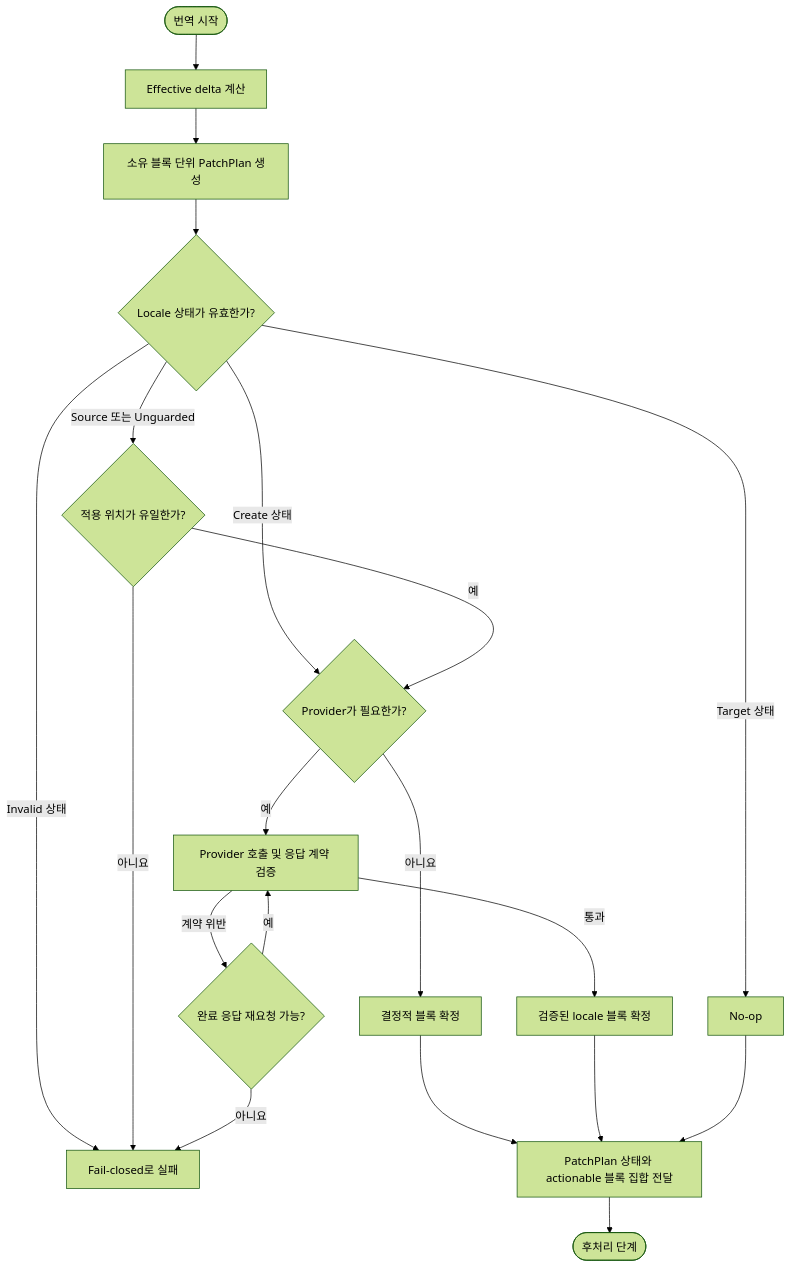
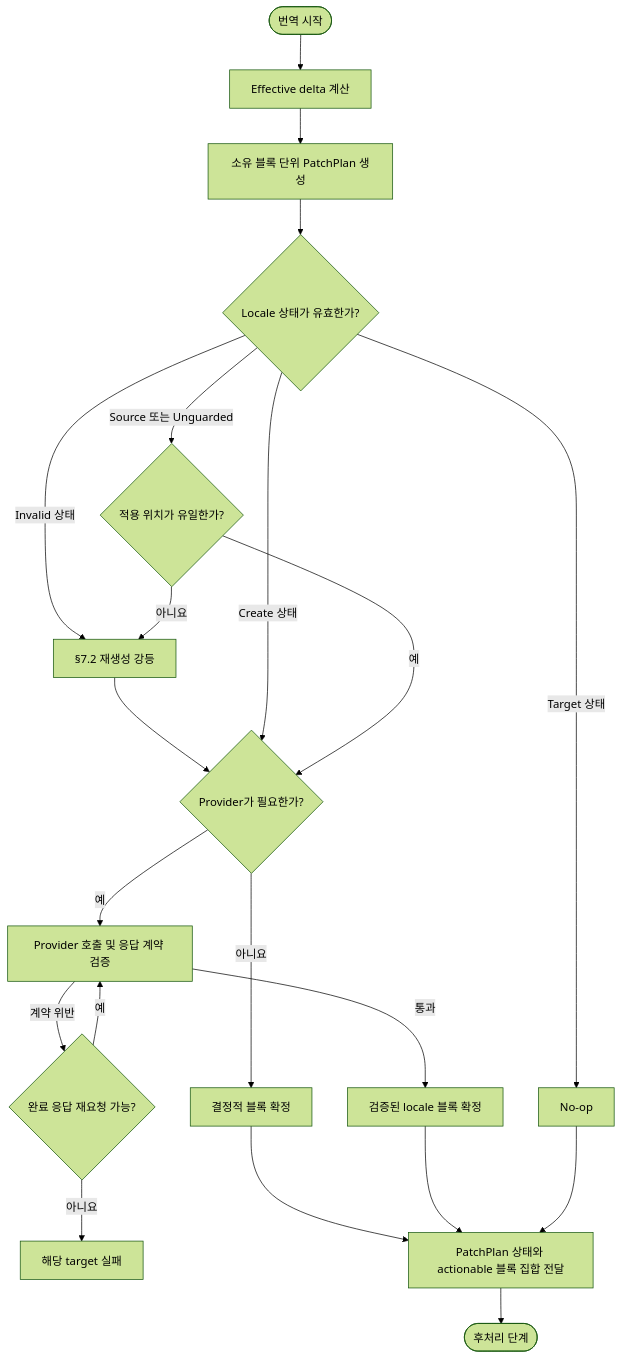
Before and after one commit to letsescape/laravel-docs: the diagram in translation-sync/docs/02-translation.md, drawn with Mermaid (forest theme). The commit also changed other lines of this file and 2 other files, not shown here.

Commit message:
docs(translation): match the recorded contract to the implemented one
The translation flowchart and failure policy still failed a document outright
where the code degrades it to a full regeneration, the replay success row
omitted the state export the runner performs, and the manual recovery section
routed operators to a code no path emits.

````diff
--- a/translation-sync/docs/02-translation.md
+++ b/translation-sync/docs/02-translation.md
@@ -11,22 +11,23 @@
 ```mermaid
 flowchart TD
     A([번역 시작]) --> B[Effective delta 계산]
     B --> C[소유 블록 단위 PatchPlan 생성]
     C --> D{Locale 상태가 유효한가?}
     D -- Target 상태 --> N[No-op]
-    D -- Invalid 상태 --> X[Fail-closed로 실패]
+    D -- Invalid 상태 --> R[§7.2 재생성 강등]
+    R --> F
     D -- Create 상태 --> F{Provider가 필요한가?}
     D -- Source 또는 Unguarded --> E{적용 위치가 유일한가?}
-    E -- 아니요 --> X
+    E -- 아니요 --> R
     E -- 예 --> F{Provider가 필요한가?}
     F -- 아니요 --> G[결정적 블록 확정]
     F -- 예 --> H[Provider 호출 및 응답 계약 검증]
     H -- 계약 위반 --> I{완료 응답 재요청 가능?}
     I -- 예 --> H
-    I -- 아니요 --> X
+    I -- 아니요 --> X[해당 target 실패]
     H -- 통과 --> J[검증된 locale 블록 확정]
     G --> K[PatchPlan 상태와 actionable 블록 집합 전달]
     J --> K
     N --> K
     K --> L([후처리 단계])
 ```
````
